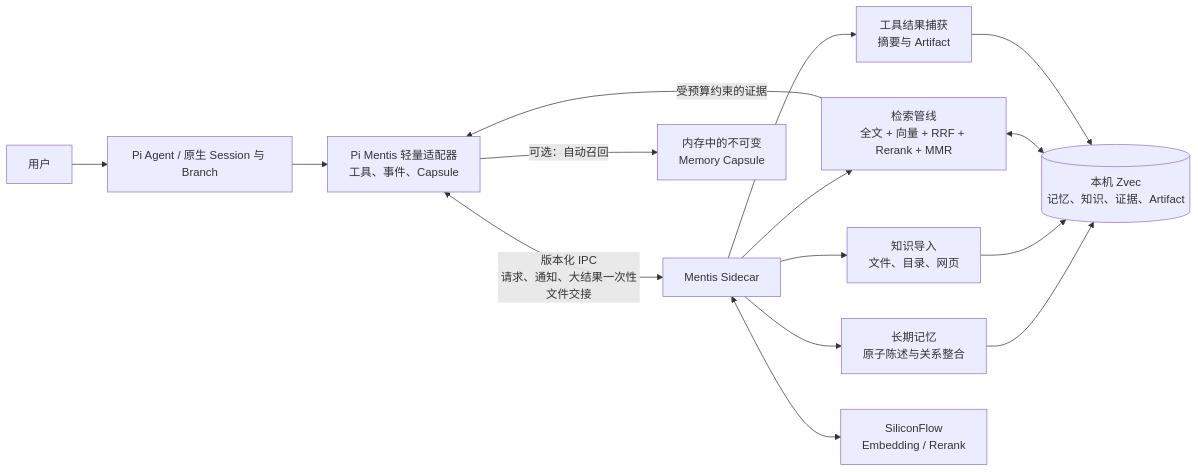
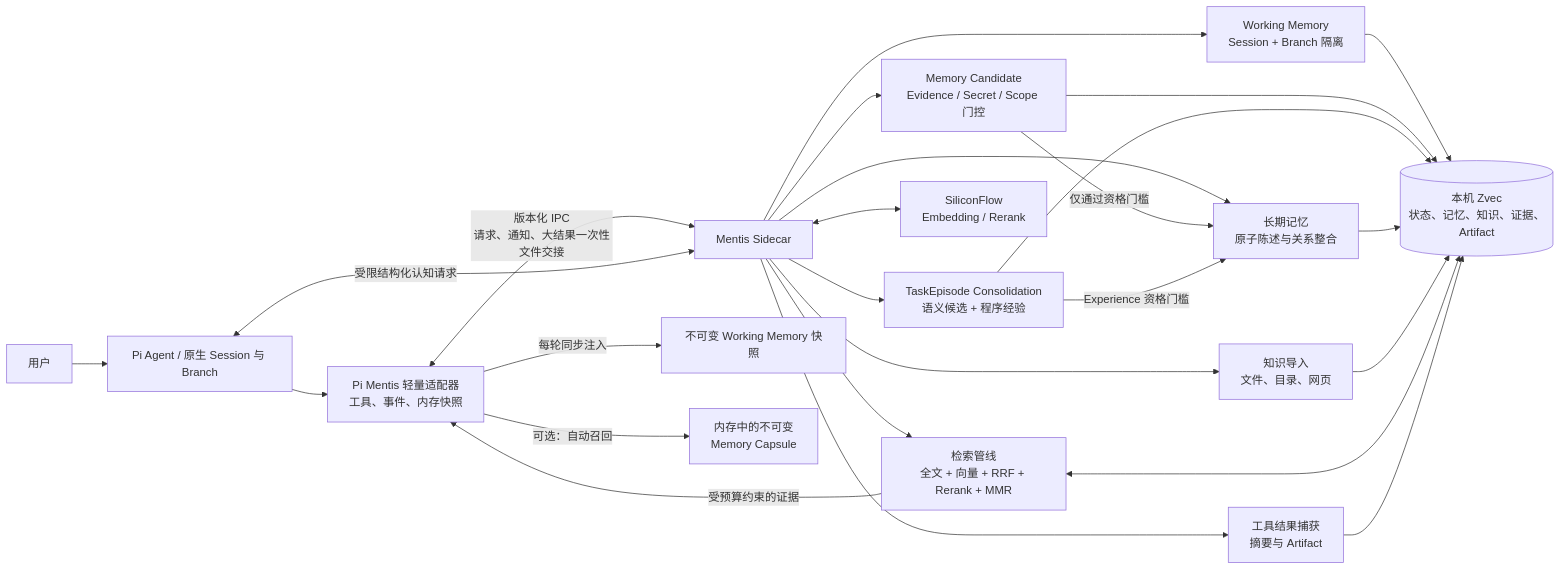
The diagram in packages/pi-context-extension/README.md (guchengod/pi-mentis), drawn with Mermaid before and after one commit. The commit also changed other lines of this file and 28 other files, not shown here.

````diff
--- a/packages/pi-context-extension/README.md
+++ b/packages/pi-context-extension/README.md
@@ -135,21 +149,31 @@
 ```mermaid
 flowchart LR
   User[用户] --> Pi[Pi Agent / 原生 Session 与 Branch]
-  Pi --> Adapter[Pi Mentis 轻量适配器\n工具、事件、Capsule]
+  Pi --> Adapter[Pi Mentis 轻量适配器\n工具、事件、内存快照]
   Adapter <-->|版本化 IPC\n请求、通知、大结果一次性文件交接| Sidecar[Mentis Sidecar]
 
+  Adapter -->|每轮同步注入| WMView[不可变 Working Memory 快照]
   Adapter -->|可选：自动召回| Capsule[内存中的不可变\nMemory Capsule]
 
+  Sidecar --> WM[Working Memory\nSession + Branch 隔离]
+  Sidecar --> Candidate[Memory Candidate\nEvidence / Secret / Scope 门控]
+  Sidecar --> Episode[TaskEpisode Consolidation\n语义候选 + 程序经验]
   Sidecar --> Memory[长期记忆\n原子陈述与关系整合]
   Sidecar --> Knowledge[知识导入\n文件、目录、网页]
   Sidecar --> Retrieval[检索管线\n全文 + 向量 + RRF + Rerank + MMR]
   Sidecar --> Capture[工具结果捕获\n摘要与 Artifact]
 
-  Memory --> Zvec[(本机 Zvec\n记忆、知识、证据、Artifact)]
+  WM --> Zvec[(本机 Zvec\n状态、记忆、知识、证据、Artifact)]
+  Candidate --> Zvec
+  Episode --> Zvec
+  Candidate -->|仅通过资格门槛| Memory
+  Episode -->|Experience 资格门槛| Memory
+  Sidecar <-->|受限结构化认知请求| Pi
+  Memory --> Zvec
   Knowledge --> Zvec
   Retrieval <--> Zvec
   Capture --> Zvec
 
   Sidecar <--> Provider[SiliconFlow\nEmbedding / Rerank]
   Retrieval -->|受预算约束的证据| Adapter
 ```
````
